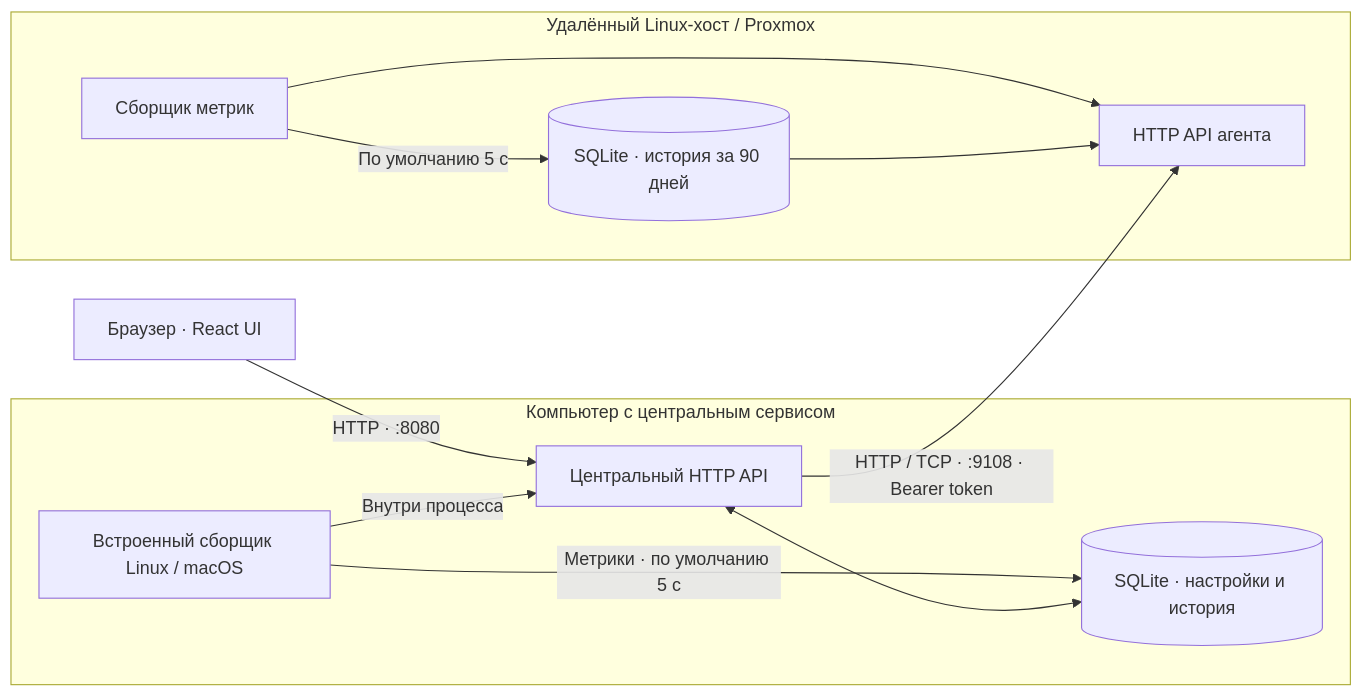
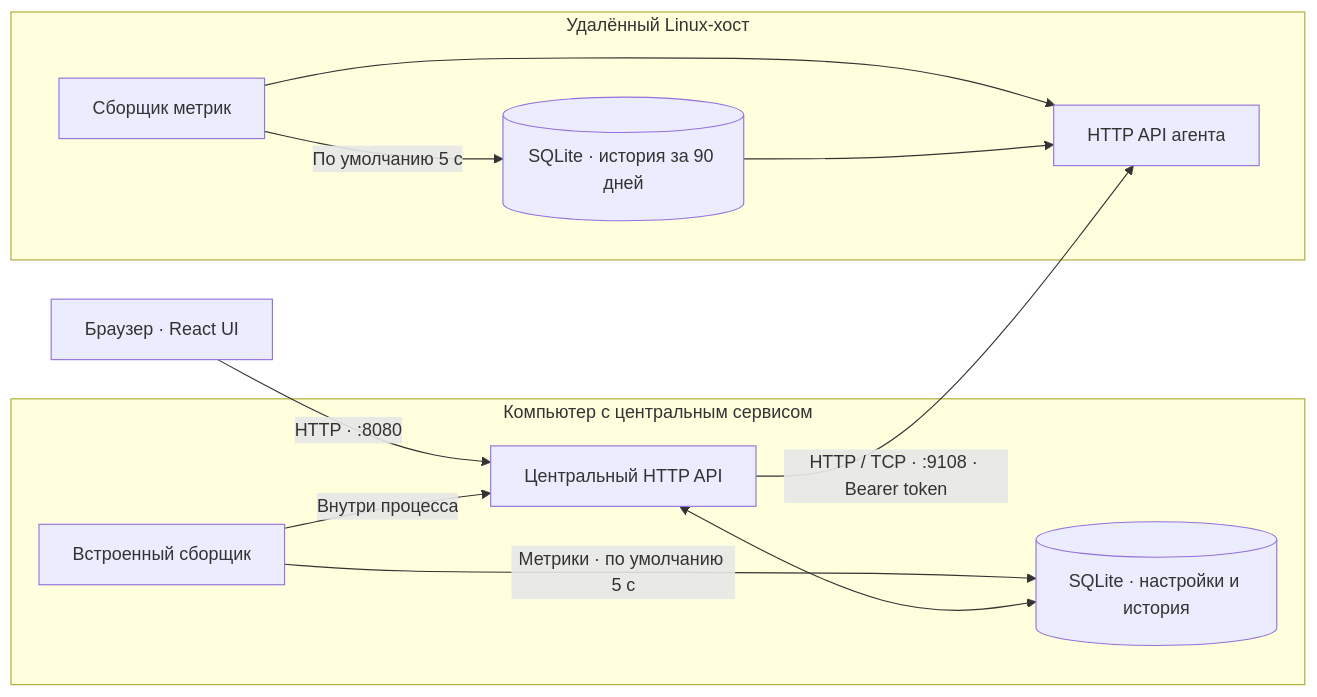
Before and after one commit to nikitakiselev/homelab-dashboard: the first of 3 diagrams in docs/architecture.md, drawn with Mermaid. The commit also changed other lines of this file and 3 other files, not shown here.

````diff
--- a/docs/architecture.md
+++ b/docs/architecture.md
@@ -3,21 +3,21 @@
 ```mermaid
 flowchart LR
     Browser["Браузер · React UI"] -->|"HTTP · :8080"| Server
     subgraph Central["Компьютер с центральным сервисом"]
         Server["Центральный HTTP API"]
-        Builtin["Встроенный сборщик Linux / macOS"]
+        Builtin["Встроенный сборщик"]
         CentralDB[("SQLite · настройки и история")]
         Builtin -->|"Внутри процесса"| Server
         Builtin -->|"Метрики · по умолчанию 5 с"| CentralDB
         Server <--> CentralDB
     end
     Server -->|"HTTP / TCP · :9108 · Bearer token"| Agent
-    subgraph Remote["Удалённый Linux-хост / Proxmox"]
+    subgraph Remote["Удалённый Linux-хост"]
         Agent["HTTP API агента"]
         Collector["Сборщик метрик"]
         AgentDB[("SQLite · история за 90 дней")]
         Collector -->|"По умолчанию 5 с"| AgentDB
         Collector --> Agent
         AgentDB --> Agent
     end
 ```
````
